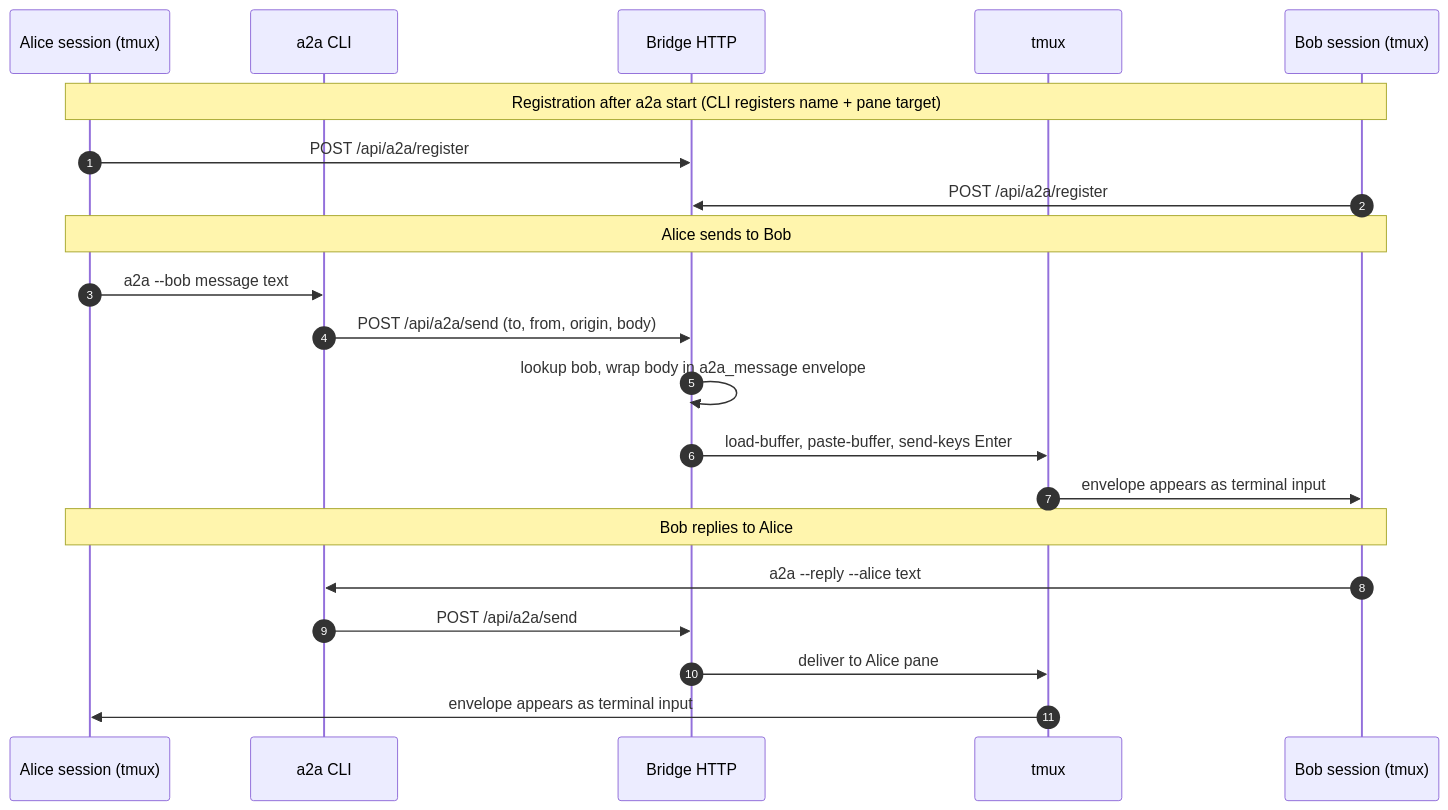
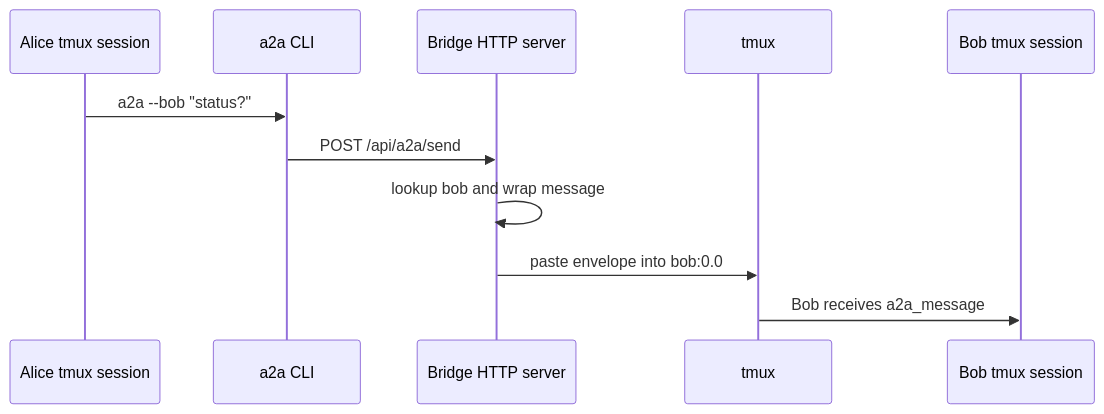
The diagram in README.md (MauricioAndrades/a2a), drawn with Mermaid before and after one commit. The commit also changed other lines of this file and 29 other files, not shown here.

````diff
--- a/README.md
+++ b/README.md
@@ -25,26 +37,14 @@
 ```mermaid
 sequenceDiagram
-    autonumber
-    participant AS as Alice session (tmux)
-    participant AC as a2a CLI
-    participant BR as Bridge HTTP
-    participant TM as tmux
-    participant BS as Bob session (tmux)
+    participant A as Alice tmux session
+    participant CLI as a2a CLI
+    participant B as Bridge HTTP server
+    participant T as tmux
+    participant R as Bob tmux session
 
-    Note over AS,BS: Registration after a2a start (CLI registers name + pane target)
-    AS->>BR: POST /api/a2a/register
-    BS->>BR: POST /api/a2a/register
-
-    Note over AS,BS: Alice sends to Bob
-    AS->>AC: a2a --bob message text
-    AC->>BR: POST /api/a2a/send (to, from, origin, body)
-    BR->>BR: lookup bob, wrap body in a2a_message envelope
-    BR->>TM: load-buffer, paste-buffer, send-keys Enter
-    TM->>BS: envelope appears as terminal input
-
-    Note over AS,BS: Bob replies to Alice
-    BS->>AC: a2a --reply --alice text
-    AC->>BR: POST /api/a2a/send
-    BR->>TM: deliver to Alice pane
-    TM->>AS: envelope appears as terminal input
+    A->>CLI: a2a --bob "status?"
+    CLI->>B: POST /api/a2a/send
+    B->>B: lookup bob and wrap message
+    B->>T: paste envelope into bob:0.0
+    T->>R: Bob receives a2a_message
 ```
````
